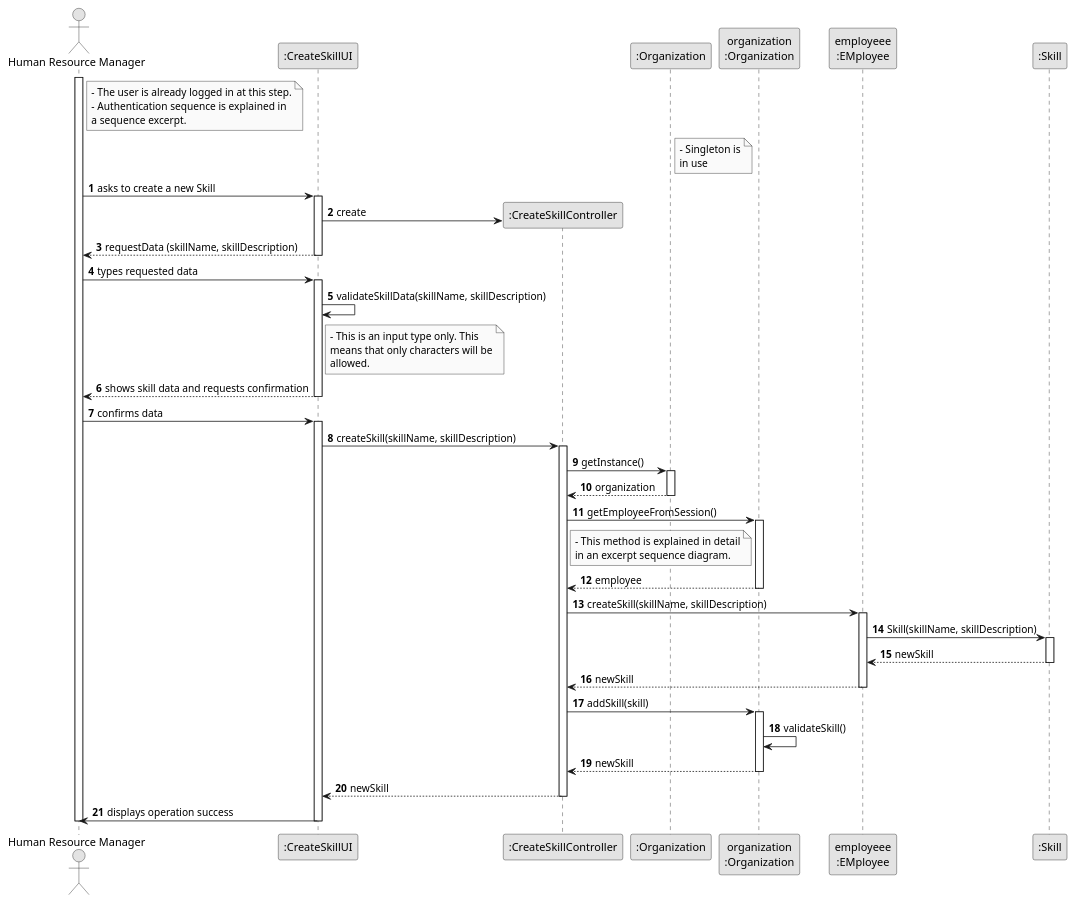
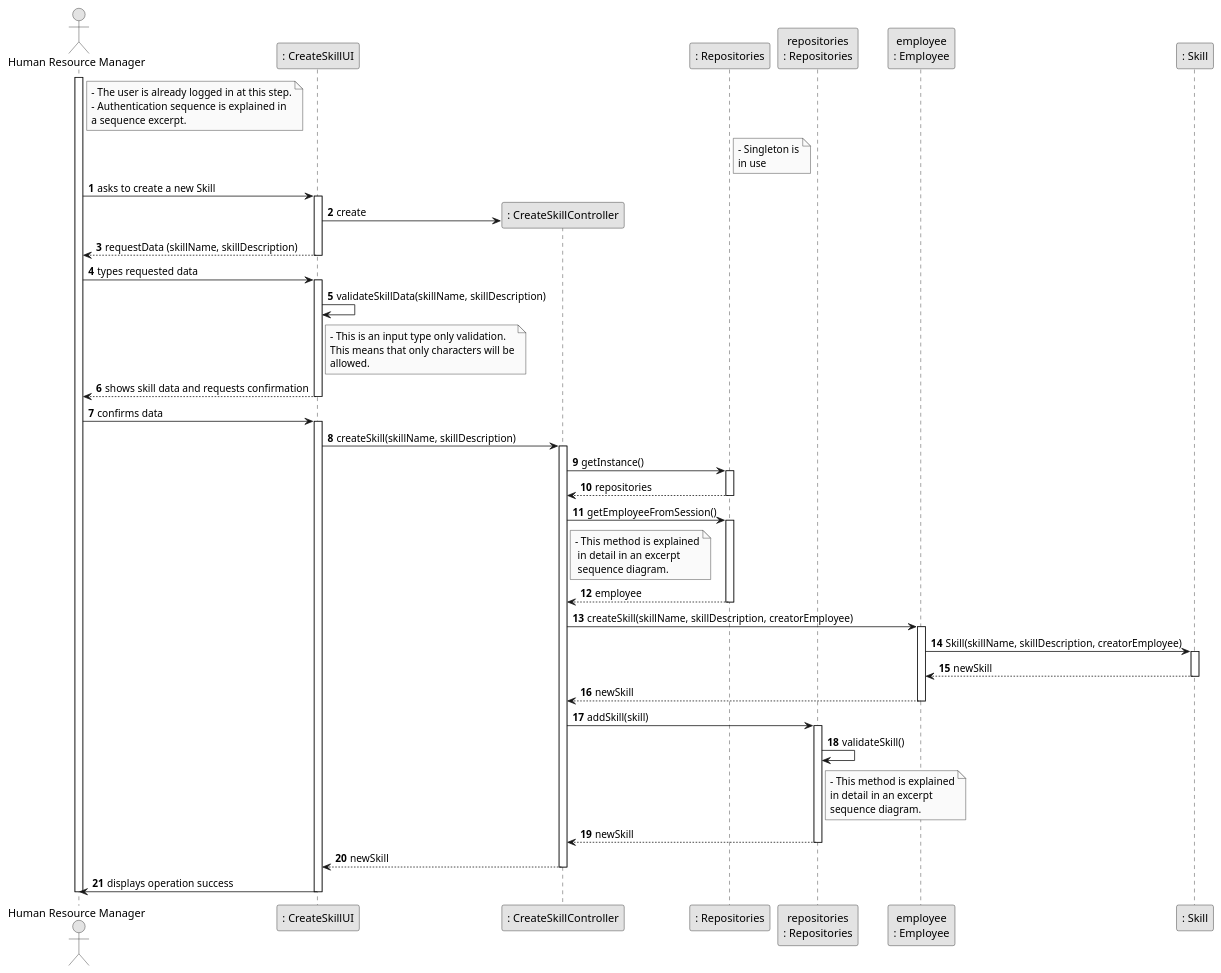
Before and after one commit to Paulo-Pereira-at-ISEP/lei-24-s2-1nanb-g321: the diagram in docs/sprintB/us01/03.design/puml/us01-sequence-diagram-full.puml, drawn with PlantUML.

Commit message:
LGGPM-115 - US01 - Design - Sequence diagram update (full)

```diff
--- a/docs/sprintB/us01/03.design/puml/us01-sequence-diagram-full.puml
+++ b/docs/sprintB/us01/03.design/puml/us01-sequence-diagram-full.puml
@@ -1,131 +1,139 @@
 @startuml
 skinparam monochrome true
 skinparam packageStyle rectangle
 skinparam shadowing false
 
 autonumber
 
 'hide footbox
 
 actor "Human Resource Manager" as HRM
-participant ":CreateSkillUI" as UI
-participant ":CreateSkillController" as CTRL
-participant ":Organization" as ORG_SINGLETON
-participant "organization\n:Organization" as ORG_INSTANCE
-participant "employeee\n:EMployee" as MNGR
-participant ":Skill" as SKILL
-'participant ":HRManager" as MNGR
+participant ": CreateSkillUI" as UI
+participant ": CreateSkillController" as CTRL
+participant ": Repositories" as ORG_SINGLETON
+participant "repositories\n: Repositories" as ORG_INSTANCE
+participant "employee\n: Employee" as MNGR
+participant ": Skill" as SKILL
+
 
 note right of HRM
     - The user is already logged in at this step.
     - Authentication sequence is explained in
     a sequence excerpt.
 end note
 
 note right of ORG_SINGLETON
     - Singleton is
     in use
 end note
 
 
 activate HRM
 
         HRM -> UI : asks to create a new Skill
 
         activate UI
             'create CTRL
             UI -> CTRL** : create
 
 
 
 
             'requests the HRM to input data
             UI --> HRM : requestData (skillName, skillDescription)
         deactivate UI
 
         HRM -> UI : types requested data
 
         activate UI
 
             UI -> UI : validateSkillData(skillName, skillDescription)
+
                 note right of UI
-                    - This is an input type only. This
-                    means that only characters will be
+                    - This is an input type only validation.
+                    This means that only characters will be
                     allowed.
                 end note
 
 
             deactivate CTRL
 
             UI --> HRM : shows skill data and requests confirmation
 
         deactivate UI
 
             HRM -> UI : confirms data
 
         activate UI
 
             UI -> CTRL : createSkill(skillName, skillDescription)
 
 
             activate CTRL
 
                 CTRL -> ORG_SINGLETON : getInstance()
 
                 activate ORG_SINGLETON
 
-                    ORG_SINGLETON --> CTRL : organization
+                    ORG_SINGLETON --> CTRL : repositories
 
                 deactivate ORG_SINGLETON
 
-                CTRL -> ORG_INSTANCE : getEmployeeFromSession()
+                CTRL -> ORG_SINGLETON : getEmployeeFromSession()
 
                                 note right of CTRL
-                                    - This method is explained in detail
-                                    in an excerpt sequence diagram.
+                                    - This method is explained
+                                     in detail in an excerpt
+                                     sequence diagram.
                                 end note
 
-                activate ORG_INSTANCE
+                activate ORG_SINGLETON
 
-                ORG_INSTANCE --> CTRL : employee
+                ORG_SINGLETON --> CTRL : employee
 
-                deactivate ORG_INSTANCE
+                deactivate ORG_SINGLETON
 
-                CTRL -> MNGR : createSkill(skillName, skillDescription)
+                CTRL -> MNGR : createSkill(skillName, skillDescription, creatorEmployee)
 
                 activate MNGR
 
-                MNGR -> SKILL : Skill(skillName, skillDescription)
+                MNGR -> SKILL : Skill(skillName, skillDescription, creatorEmployee)
 
                 activate SKILL
 
                 SKILL --> MNGR : newSkill
 
                 deactivate SKILL
 
                 MNGR --> CTRL : newSkill
 
                 deactivate MNGR
 
                 CTRL -> ORG_INSTANCE : addSkill(skill)
 
                 activate ORG_INSTANCE
 
                 ORG_INSTANCE -> ORG_INSTANCE : validateSkill()
 
+                note right of ORG_INSTANCE
+                - This method is explained
+                in detail in an excerpt
+                sequence diagram.
+                end note
+
                 ORG_INSTANCE --> CTRL : newSkill
 
                 deactivate ORG_INSTANCE
 
             CTRL --> UI : newSkill
 
 
         deactivate CTRL
 
         UI -> HRM : displays operation success
 
     deactivate UI
 
 deactivate HRM
 
 @enduml
```
